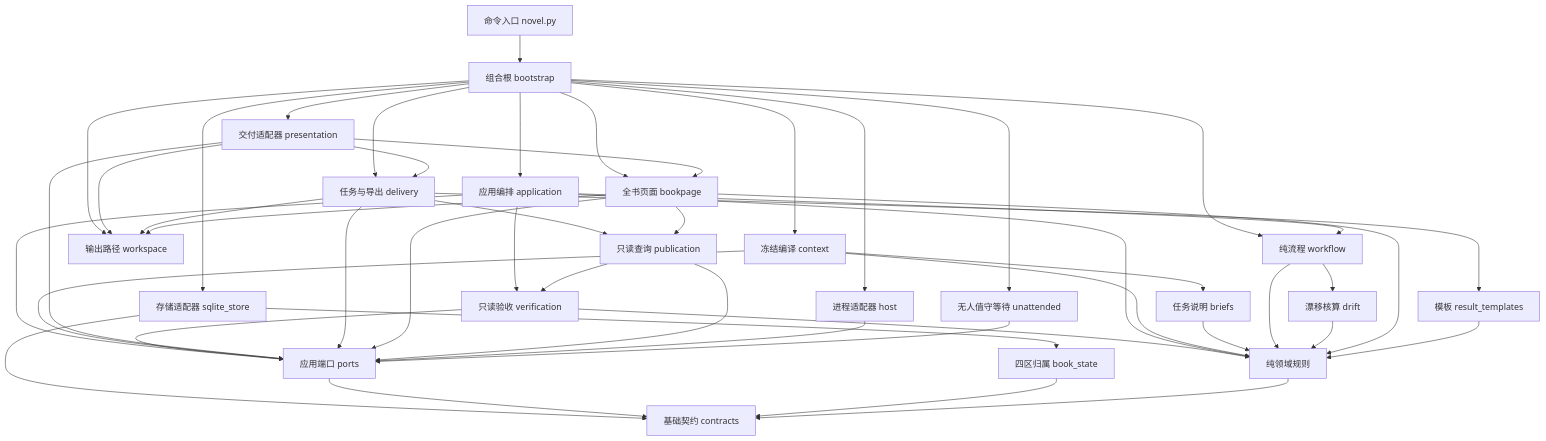
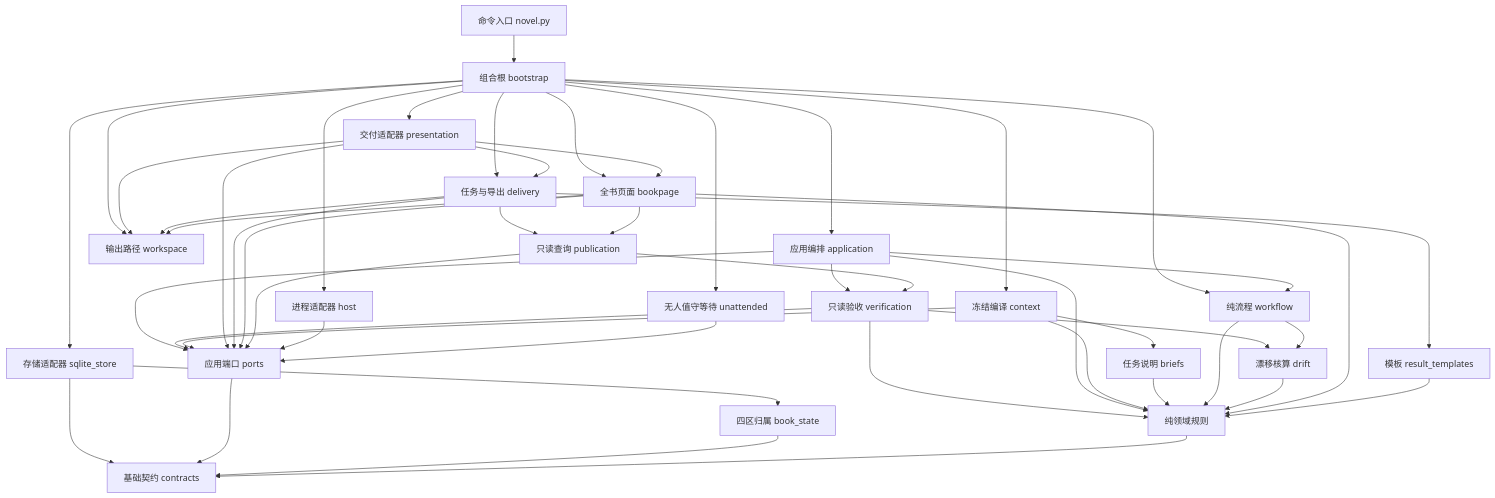
The diagram in README.md (longwenid/novel-ledger), drawn with Mermaid before and after one commit. The commit also changed other lines of this file and 30 other files, not shown here.

````diff
--- a/README.md
+++ b/README.md
@@ -19,49 +19,50 @@
 ```mermaid
 flowchart TD
     CLI[命令入口 novel.py] --> BOOT[组合根 bootstrap]
     BOOT --> APP[应用编排 application]
     BOOT --> CTX[冻结编译 context]
     BOOT --> VIEW[交付适配器 presentation]
     BOOT --> SQL[存储适配器 sqlite_store]
     BOOT --> HOST[进程适配器 host]
     BOOT --> WATCH[无人值守等待 unattended]
     BOOT --> DEL
     BOOT --> PAGE
     BOOT --> WF
     BOOT --> WS[输出路径 workspace]
     APP --> PORT[应用端口 ports]
     APP --> VERIFY[只读验收 verification]
     VERIFY --> PORT
     VERIFY --> DOMAIN
+    VERIFY --> DRIFT
     APP --> WF[纯流程 workflow]
     APP --> DOMAIN[纯领域规则]
     CTX --> PORT
     CTX --> DOMAIN
     CTX --> BRIEF[任务说明 briefs]
     BRIEF --> DOMAIN
     WF --> DOMAIN
     WF --> DRIFT[漂移核算 drift]
     DRIFT --> DOMAIN
     VIEW --> PORT
     VIEW --> DEL[任务与导出 delivery]
     VIEW --> PAGE[全书页面 bookpage]
     VIEW --> WS
     DEL --> PORT
     DEL --> PUB[只读查询 publication]
     DEL --> TPL[模板 result_templates]
     DEL --> WS
     PAGE --> PORT
     PAGE --> PUB
     PAGE --> DOMAIN
     PAGE --> WS
     TPL --> DOMAIN
     PUB --> PORT
     PUB --> VERIFY
     SQL --> BS[四区归属 book_state]
     SQL --> C[基础契约 contracts]
     HOST --> PORT
     WATCH --> PORT
     PORT --> C
     BS --> C
     DOMAIN --> C
 ```
````
